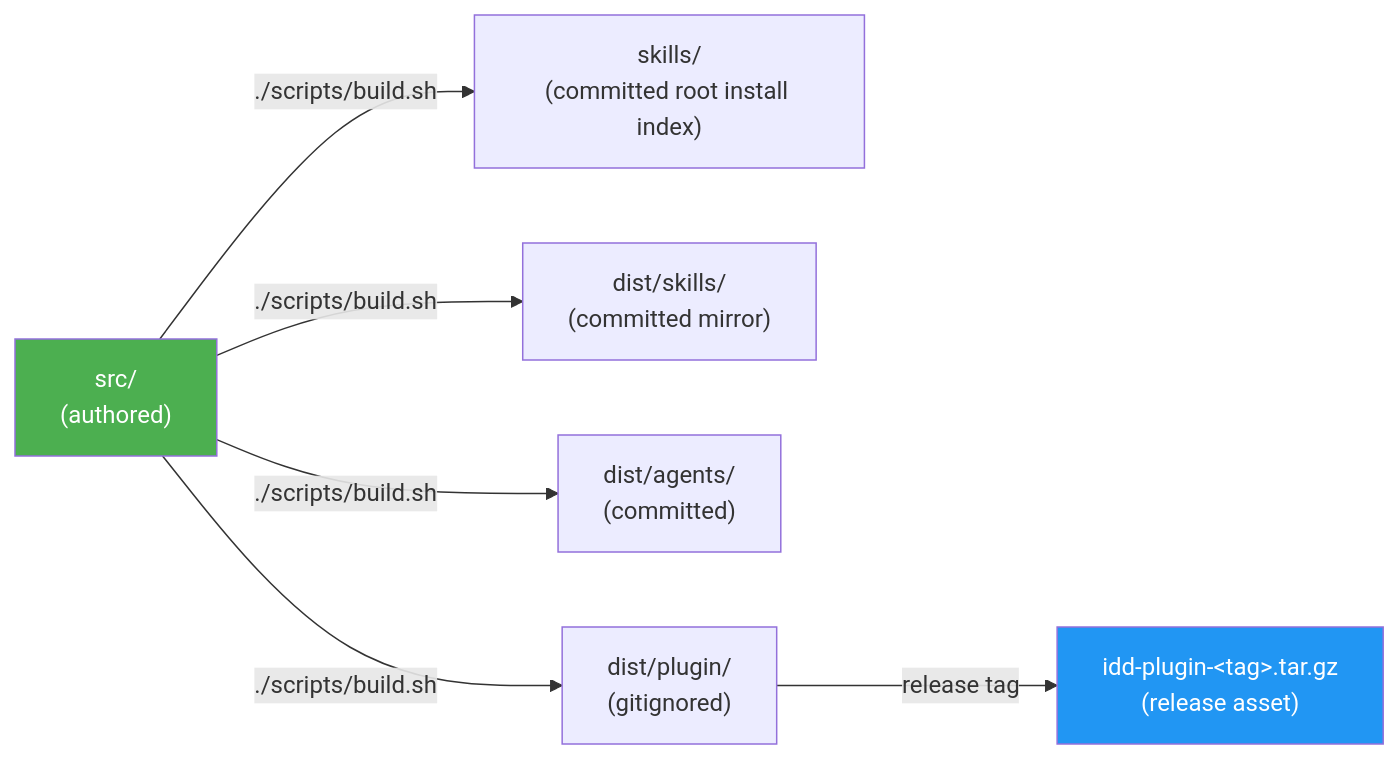
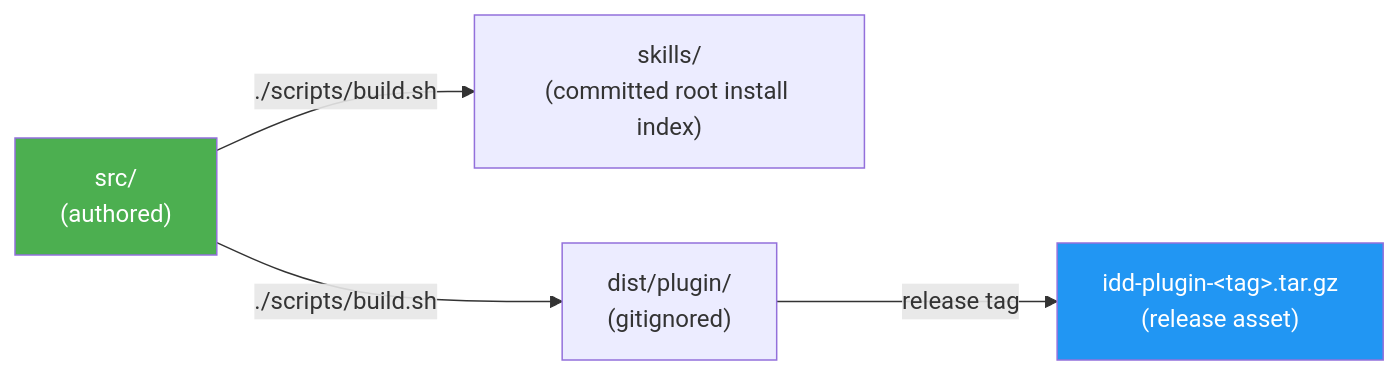
Before and after one commit to luongnv89/idd: the first of 3 diagrams in docs/DEVELOPMENT.md, drawn with Mermaid. The commit also changed other lines of this file and 108 other files, not shown here.

````diff
--- a/docs/DEVELOPMENT.md
+++ b/docs/DEVELOPMENT.md
@@ -51,11 +51,9 @@
 ```mermaid
 graph LR
     SRC["src/<br/>(authored)"] -->|"./scripts/build.sh"| RSK["skills/<br/>(committed root install index)"]
-    SRC -->|"./scripts/build.sh"| DSK["dist/skills/<br/>(committed mirror)"]
-    SRC -->|"./scripts/build.sh"| DAG["dist/agents/<br/>(committed)"]
     SRC -->|"./scripts/build.sh"| DPL["dist/plugin/<br/>(gitignored)"]
     DPL -->|"release tag"| TAR["idd-plugin-&lt;tag&gt;.tar.gz<br/>(release asset)"]
 
     style SRC fill:#4CAF50,color:#fff
     style TAR fill:#2196F3,color:#fff
 ```
````
